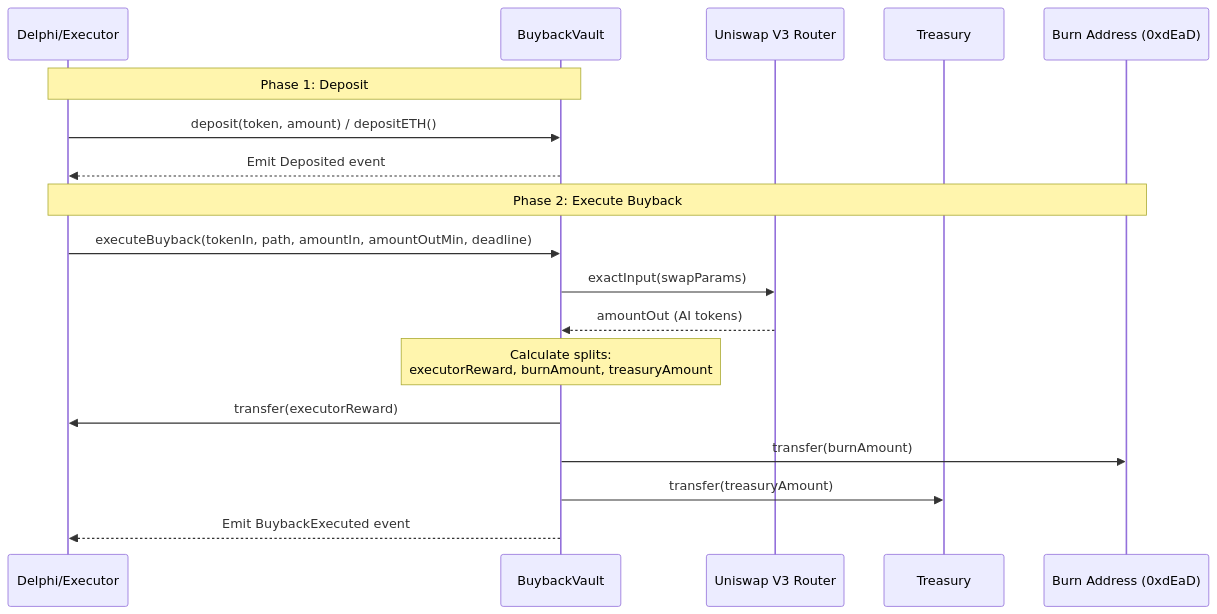
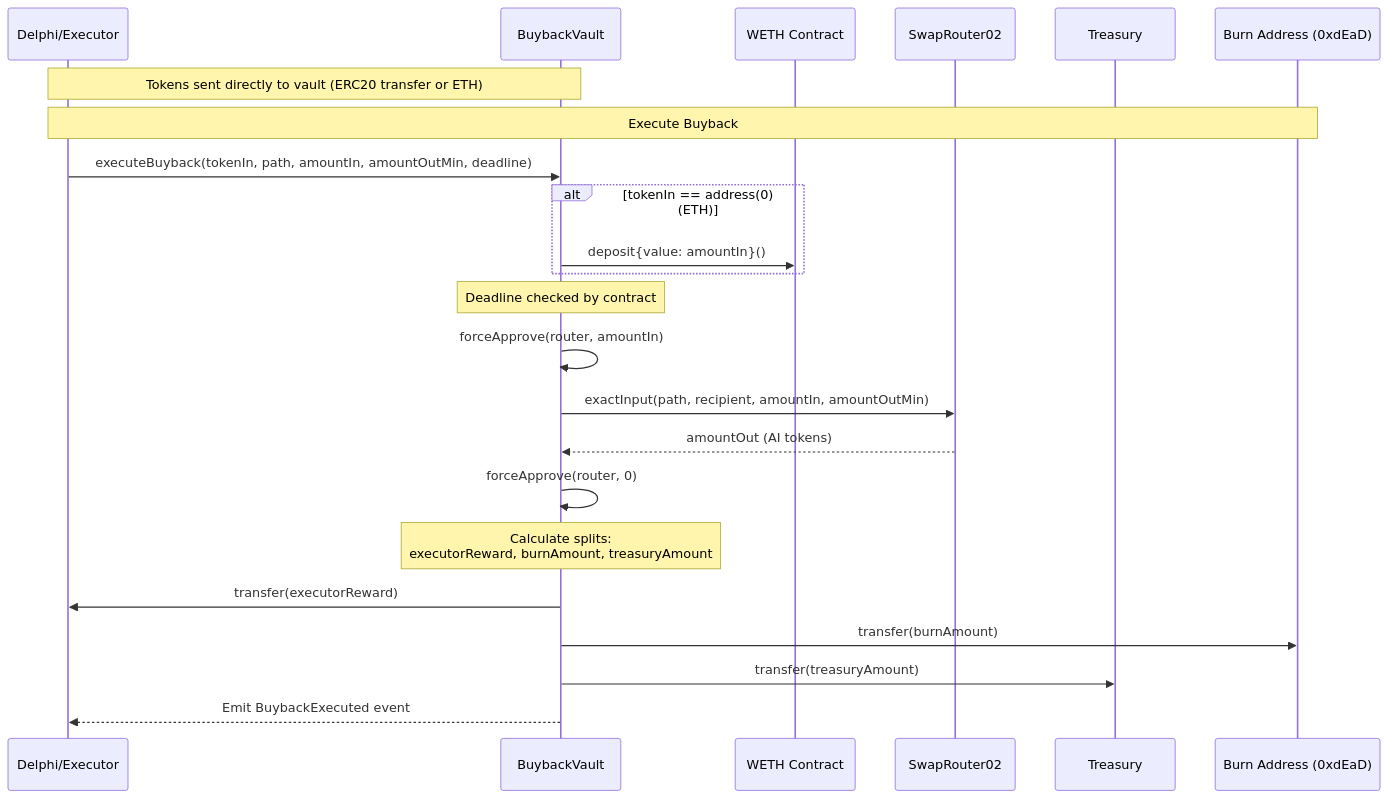
One commit to gensyn-network/gensyn-buyback changed the first of 6 diagrams in docs/DESIGN.md. Above: the diagram before and after it, drawn with Mermaid. The commit also changed other lines of this file, not shown here.

First line of the commit message:
docs: update DESIGN.md to reflect removal of deposit functions and direct fund reception model

````diff
--- a/docs/DESIGN.md
+++ b/docs/DESIGN.md
@@ -9,24 +9,31 @@
 ```mermaid
 sequenceDiagram
     participant User as Delphi/Executor
     participant Vault as BuybackVault
-    participant UniV3 as Uniswap V3 Router
+    participant WETH as WETH Contract
+    participant Router as SwapRouter02
     participant Treasury
     participant Burn as Burn Address (0xdEaD)
 
-    Note over User,Vault: Phase 1: Deposit
-    User->>Vault: deposit(token, amount) / depositETH()
-    Vault-->>User: Emit Deposited event
+    Note over User,Vault: Tokens sent directly to vault (ERC20 transfer or ETH)
 
-    Note over User,Burn: Phase 2: Execute Buyback
+    Note over User,Burn: Execute Buyback
     User->>Vault: executeBuyback(tokenIn, path, amountIn, amountOutMin, deadline)
-    Vault->>UniV3: exactInput(swapParams)
-    UniV3-->>Vault: amountOut (AI tokens)
+    
+    alt tokenIn == address(0) (ETH)
+        Vault->>WETH: deposit{value: amountIn}()
+    end
+    
+    Note over Vault: Deadline checked by contract
+    Vault->>Vault: forceApprove(router, amountIn)
+    Vault->>Router: exactInput(path, recipient, amountIn, amountOutMin)
+    Router-->>Vault: amountOut (AI tokens)
+    Vault->>Vault: forceApprove(router, 0)
     
     Note over Vault: Calculate splits:<br/>executorReward, burnAmount, treasuryAmount
     
     Vault->>User: transfer(executorReward)
     Vault->>Burn: transfer(burnAmount)
     Vault->>Treasury: transfer(treasuryAmount)
     Vault-->>User: Emit BuybackExecuted event
 ```
````
